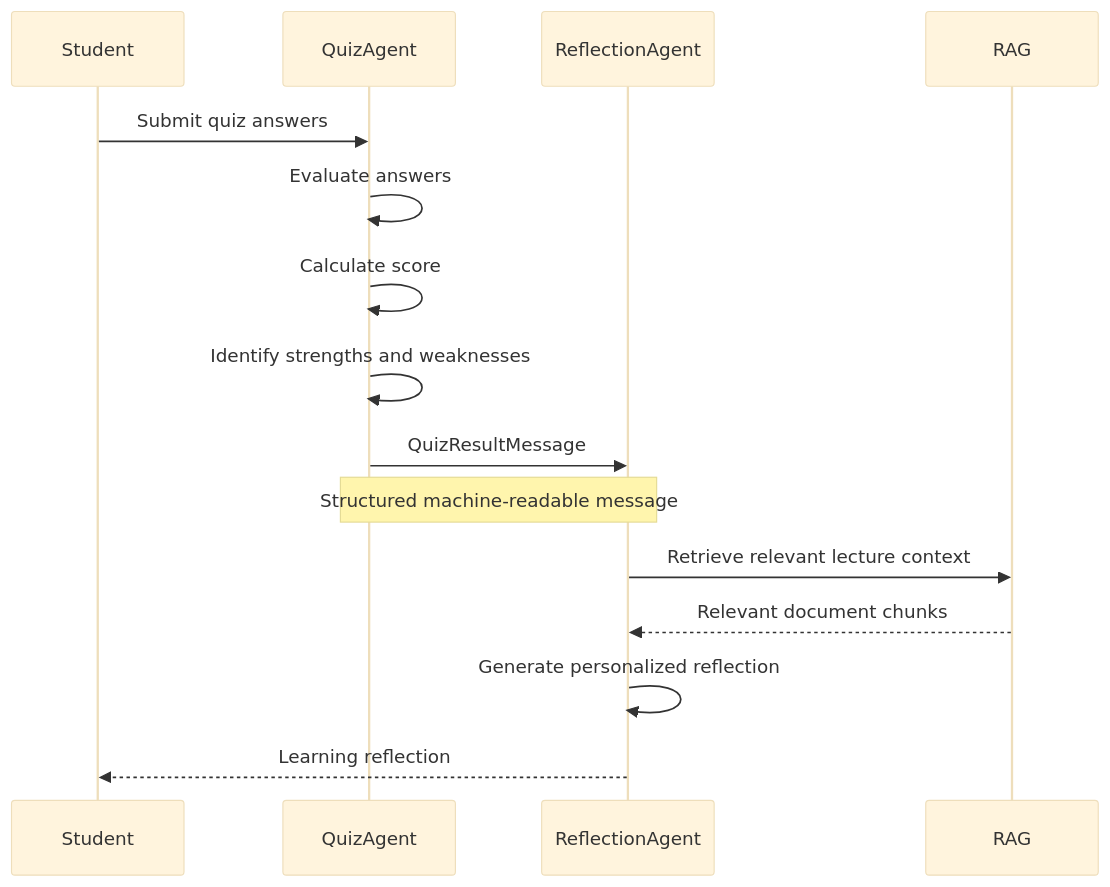
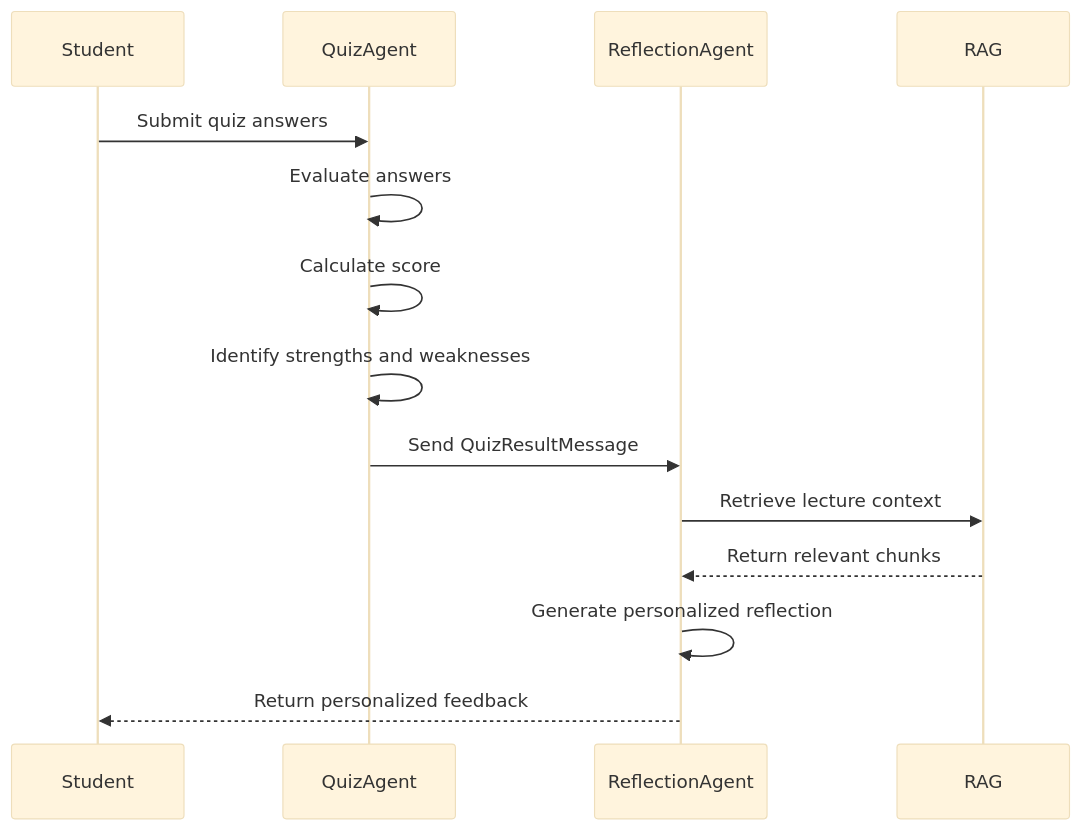
One commit to roshini-nawanjala/StudyMate-AI changed the diagram in README.md. Above: the diagram before and after it, drawn with Mermaid (base theme).

Commit message:
docs: improve README Mermaid diagram

````diff
--- a/README.md
+++ b/README.md
@@ -199,23 +199,17 @@
 ```mermaid
 sequenceDiagram
-    participant Student
-    participant QuizAgent
-    participant ReflectionAgent
-    participant RAG
+    participant S as Student
+    participant Q as QuizAgent
+    participant R as ReflectionAgent
+    participant K as RAG
 
-    Student->>QuizAgent: Submit quiz answers
-
-    QuizAgent->>QuizAgent: Evaluate answers
-    QuizAgent->>QuizAgent: Calculate score
-    QuizAgent->>QuizAgent: Identify strengths and weaknesses
-
-    QuizAgent->>ReflectionAgent: QuizResultMessage
-    Note over QuizAgent,ReflectionAgent: Structured machine-readable message
-
-    ReflectionAgent->>RAG: Retrieve relevant lecture context
-    RAG-->>ReflectionAgent: Relevant document chunks
-
-    ReflectionAgent->>ReflectionAgent: Generate personalized reflection
-
-    ReflectionAgent-->>Student: Learning reflection
+    S->>Q: Submit quiz answers
+    Q->>Q: Evaluate answers
+    Q->>Q: Calculate score
+    Q->>Q: Identify strengths and weaknesses
+    Q->>R: Send QuizResultMessage
+    R->>K: Retrieve lecture context
+    K-->>R: Return relevant chunks
+    R->>R: Generate personalized reflection
+    R-->>S: Return personalized feedback
 ```
````
